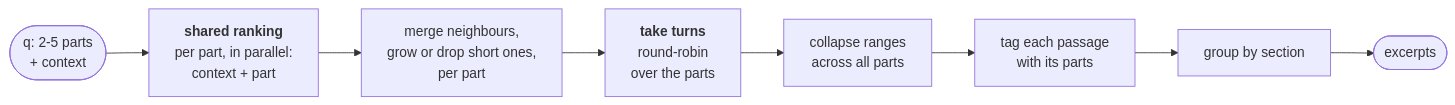
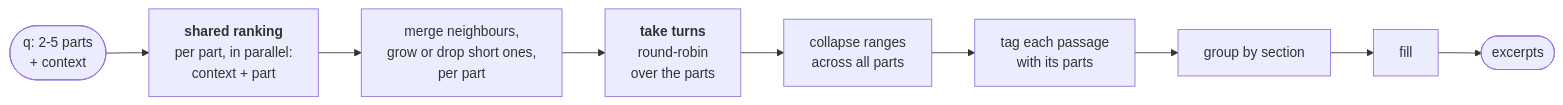
Before and after one commit to haskian/haskie: the third of 3 diagrams in docs/search.md, drawn with Mermaid. The commit also changed other lines of this file and 13 other files, not shown here.

````diff
--- a/docs/search.md
+++ b/docs/search.md
@@ -173,9 +195,9 @@
 ```mermaid
 flowchart LR
     asked(["q: 2-5 parts<br/>+ context"]) --> each["<b>shared ranking</b><br/>per part, in parallel:<br/>context + part"]
     each --> ranges["merge neighbours,<br/>grow or drop short ones,<br/>per part"]
     ranges --> turns["<b>take turns</b><br/>round-robin<br/>over the parts"]
     turns --> fold["collapse ranges<br/>across all parts"]
     fold --> tag["tag each passage<br/>with its parts"]
-    tag --> group["group by section"] --> excerpts(["excerpts"])
+    tag --> group["group by section"] --> fill["fill"] --> excerpts(["excerpts"])
 ```
````
